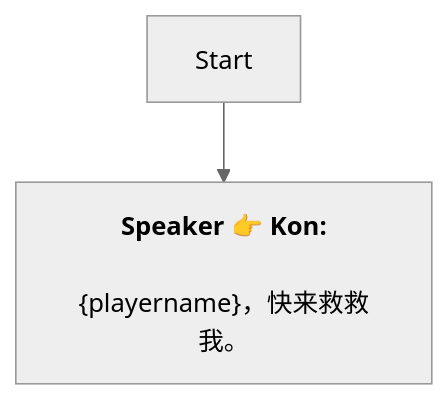
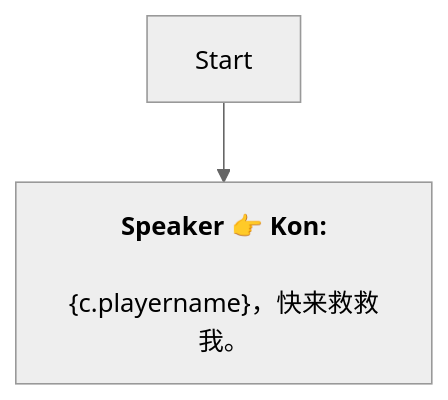
Before and after one commit to SoftHu/tos_avg: the diagram in Zh/AddDialogNode_1739411615780033.md, drawn with Mermaid (neutral theme). The commit also changed 410 other files, not shown here.

````diff
--- a/Zh/AddDialogNode_1739411615780033.md
+++ b/Zh/AddDialogNode_1739411615780033.md
@@ -1,6 +1,6 @@
 ```mermaid
 graph
 Start -->1739411660946628[<b>Speaker 👉 Kon:</b>
-\n&lbrace;playername&rbrace;，快来救救我。]
+\n&lbrace;c.playername&rbrace;，快来救救我。]
 
 ```
````
